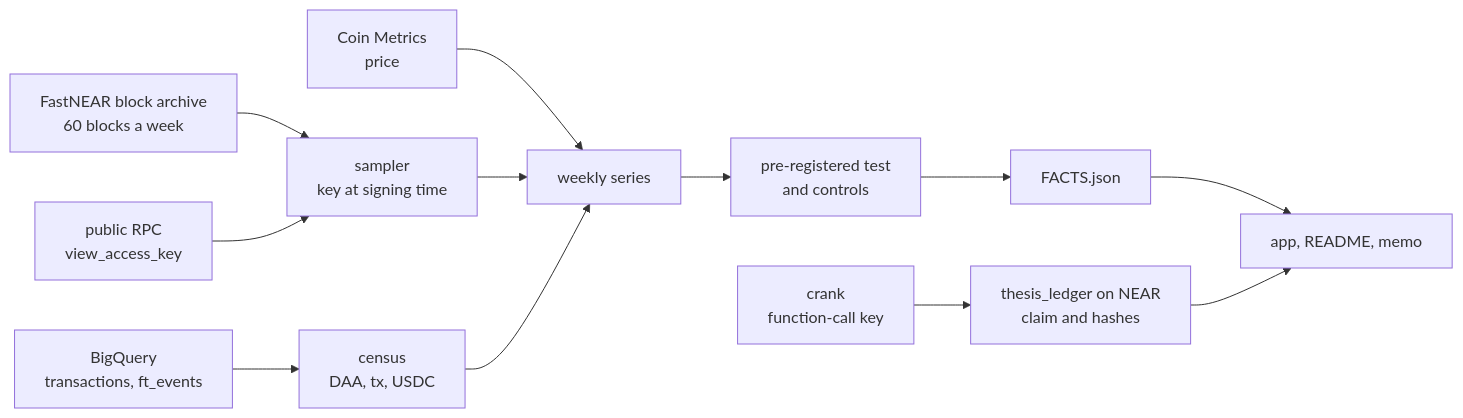
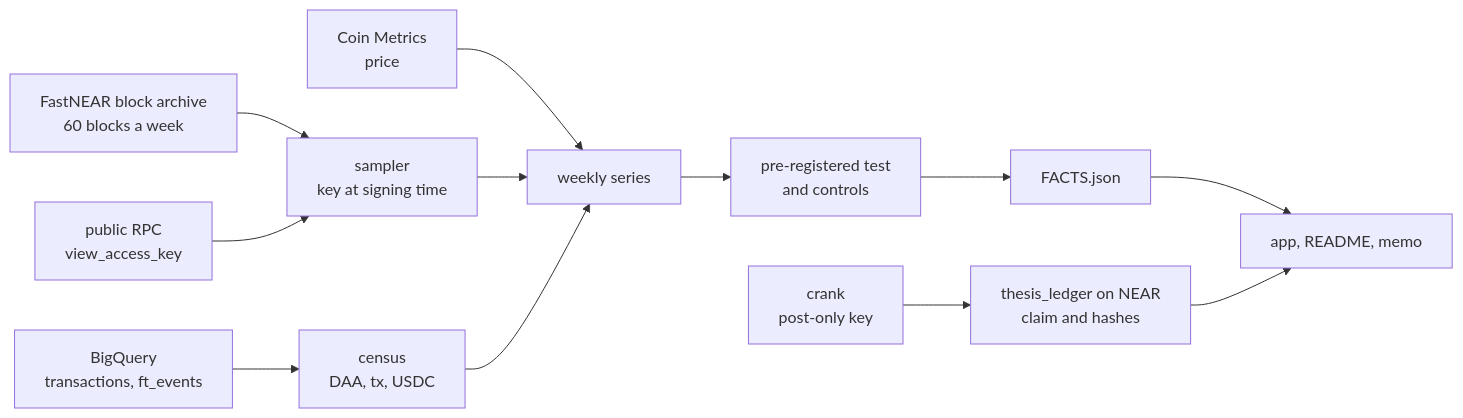
The first of 2 diagrams in docs/README.template.md (0xkinno/keytell), drawn with Mermaid before and after one commit. The commit also changed other lines of this file and 15 other files, not shown here.

````diff
--- a/docs/README.template.md
+++ b/docs/README.template.md
@@ -101,14 +141,14 @@
 ```mermaid
 flowchart LR
-  A[FastNEAR block archive<br/>60 blocks a week] --> S[sampler<br/>key at signing time]
-  R[public RPC<br/>view_access_key] --> S
-  B[BigQuery<br/>transactions, ft_events] --> C[census<br/>DAA, tx, USDC]
-  P[Coin Metrics<br/>price] --> W
-  S --> W[weekly series]
+  A["FastNEAR block archive<br/>60 blocks a week"] --> S["sampler<br/>key at signing time"]
+  R["public RPC<br/>view_access_key"] --> S
+  B["BigQuery<br/>transactions, ft_events"] --> C["census<br/>DAA, tx, USDC"]
+  P["Coin Metrics<br/>price"] --> W
+  S --> W["weekly series"]
   C --> W
-  W --> M[pre-registered test<br/>and controls]
-  M --> F[FACTS.json]
-  F --> APP[app, README, memo]
-  L[thesis_ledger on NEAR<br/>claim and hashes] --> APP
-  K[crank<br/>function-call key] --> L
+  W --> M["pre-registered test<br/>and controls"]
+  M --> F["FACTS.json"]
+  F --> APP["app, README, memo"]
+  L["thesis_ledger on NEAR<br/>claim and hashes"] --> APP
+  K["crank<br/>post-only key"] --> L
 ```
````
